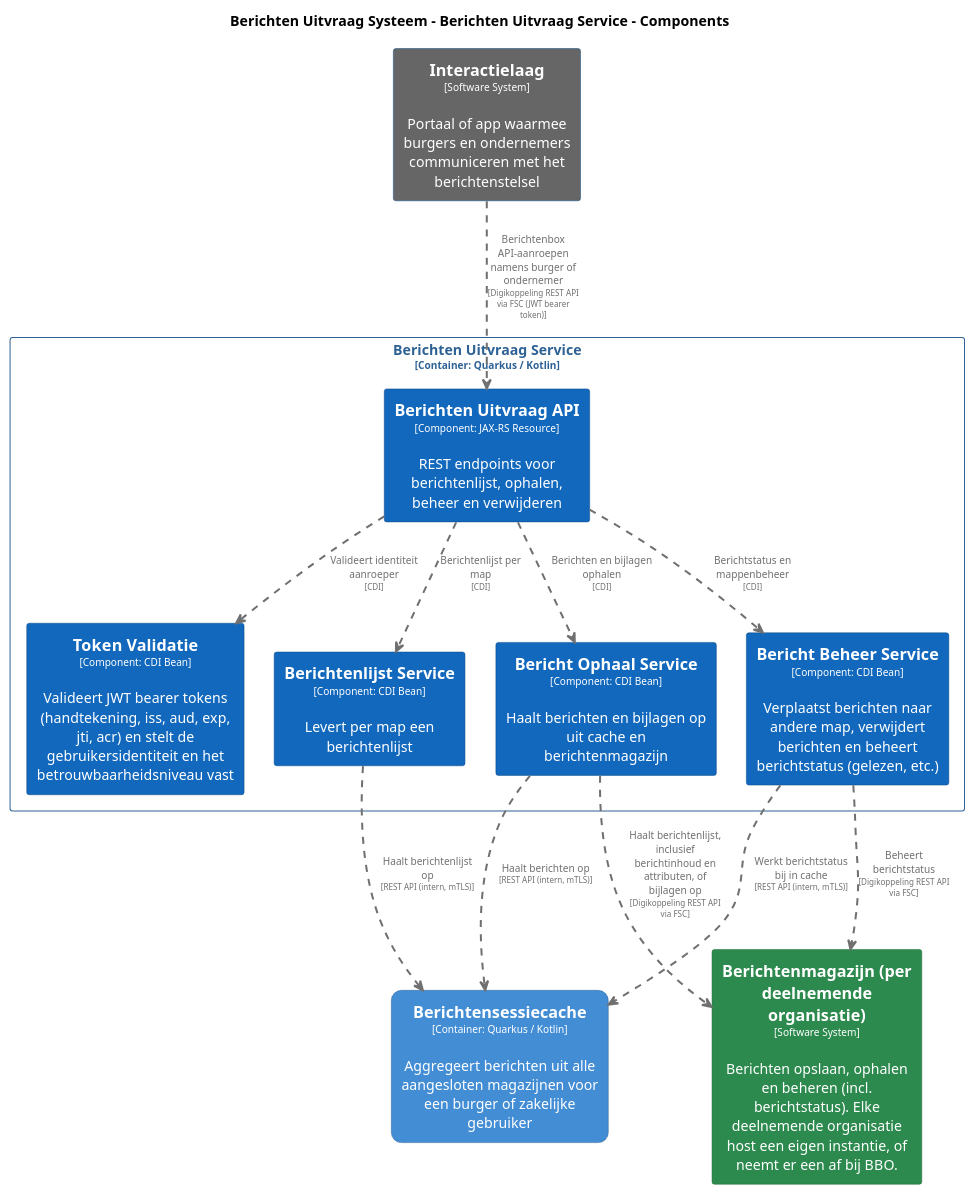
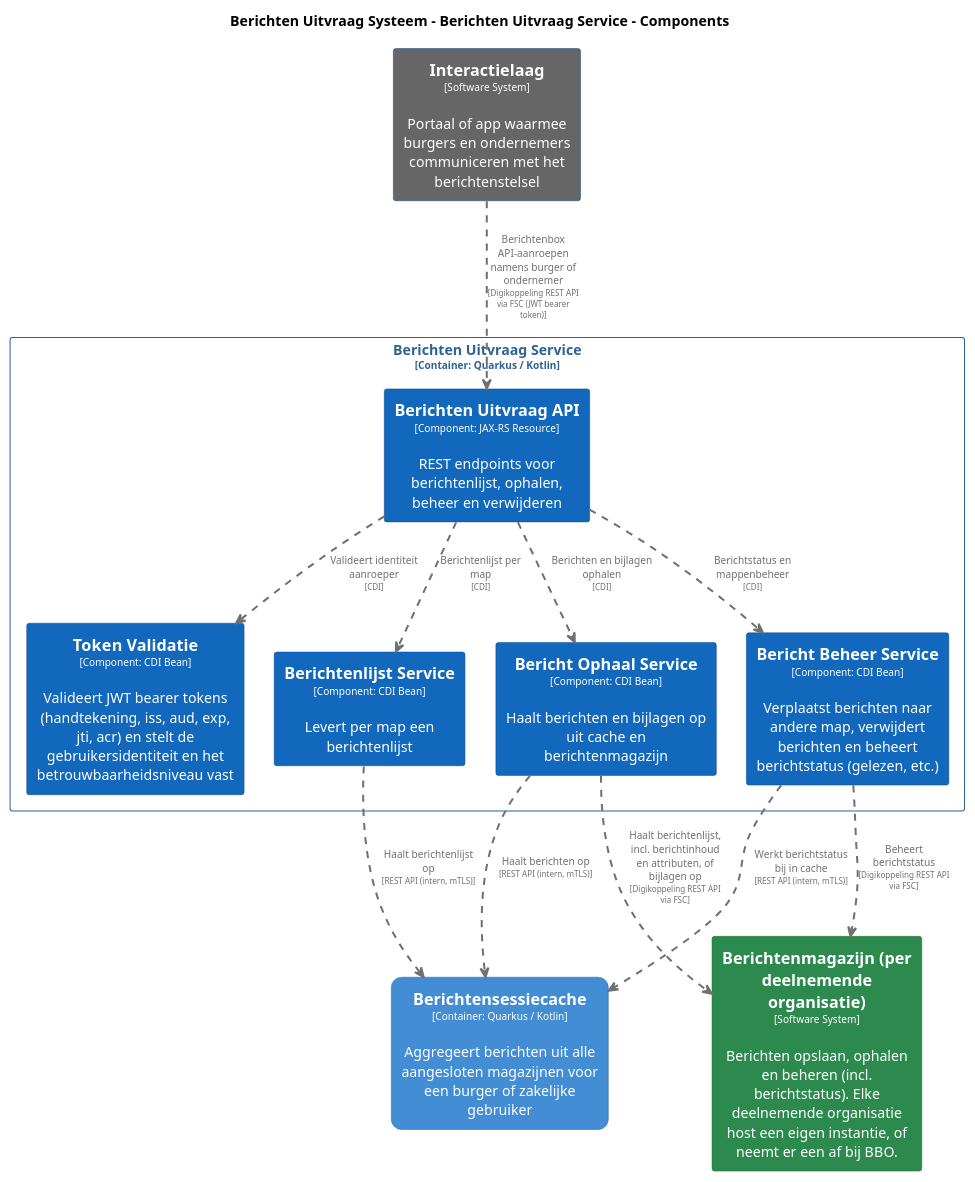
Before and after one commit to MinBZK/moza-poc-fbs-berichtenbox: the diagram in pr-preview/pr-29/master/puml/BerichtenUitvraagServiceComponenten.puml, drawn with PlantUML. The commit also changed 36 other files, not shown here.

```diff
--- a/pr-preview/pr-29/master/puml/BerichtenUitvraagServiceComponenten.puml
+++ b/pr-preview/pr-29/master/puml/BerichtenUitvraagServiceComponenten.puml
@@ -1,95 +1,95 @@
 @startuml
 set separator none
 title Berichten Uitvraag Systeem - Berichten Uitvraag Service - Components
 
 top to bottom direction
 skinparam ranksep 60
 skinparam nodesep 30
 
 skinparam {
   arrowFontSize 10
   defaultTextAlignment center
   wrapWidth 200
   maxMessageSize 100
 }
 
 hide stereotype
 
 skinparam rectangle<<BerichtenUitvraagSysteem.BerichtenUitvraagService.BerichtBeheerService>> {
   BackgroundColor #1168bd
   FontColor #ffffff
   BorderColor #0b4884
   shadowing false
 }
 skinparam rectangle<<BerichtenUitvraagSysteem.BerichtenUitvraagService.BerichtOphaalService>> {
   BackgroundColor #1168bd
   FontColor #ffffff
   BorderColor #0b4884
   shadowing false
 }
 skinparam rectangle<<BerichtenUitvraagSysteem.BerichtenUitvraagService.BerichtenUitvraagAPI>> {
   BackgroundColor #1168bd
   FontColor #ffffff
   BorderColor #0b4884
   shadowing false
 }
 skinparam rectangle<<BerichtenUitvraagSysteem.BerichtenUitvraagService.BerichtenlijstService>> {
   BackgroundColor #1168bd
   FontColor #ffffff
   BorderColor #0b4884
   shadowing false
 }
 skinparam rectangle<<Berichtenmagazijnperdeelnemendeorganisatie>> {
   BackgroundColor #2d8a4e
   FontColor #ffffff
   BorderColor #1e6b38
   shadowing false
 }
 skinparam rectangle<<BerichtenUitvraagSysteem.Berichtensessiecache>> {
   BackgroundColor #438dd5
   FontColor #ffffff
   BorderColor #2e6295
   roundCorner 20
   shadowing false
 }
 skinparam rectangle<<Interactielaag>> {
   BackgroundColor #666666
   FontColor #ffffff
   BorderColor #0b4884
   shadowing false
 }
 skinparam rectangle<<BerichtenUitvraagSysteem.BerichtenUitvraagService.TokenValidatie>> {
   BackgroundColor #1168bd
   FontColor #ffffff
   BorderColor #0b4884
   shadowing false
 }
 skinparam rectangle<<BerichtenUitvraagSysteem.BerichtenUitvraagService>> {
   BorderColor #2e6295
   FontColor #2e6295
   shadowing false
 }
 
 rectangle "==Interactielaag\n<size:10>[Software System]</size>\n\nPortaal of app waarmee burgers en ondernemers communiceren met het berichtenstelsel" <<Interactielaag>> as Interactielaag
 rectangle "==Berichtenmagazijn (per deelnemende organisatie)\n<size:10>[Software System]</size>\n\nBerichten opslaan, ophalen en beheren (incl. berichtstatus). Elke deelnemende organisatie host een eigen instantie, of neemt er een af bij BBO." <<Berichtenmagazijnperdeelnemendeorganisatie>> as Berichtenmagazijnperdeelnemendeorganisatie
 rectangle "==Berichtensessiecache\n<size:10>[Container: Quarkus / Kotlin]</size>\n\nAggregeert berichten uit alle aangesloten magazijnen voor een burger of zakelijke gebruiker" <<BerichtenUitvraagSysteem.Berichtensessiecache>> as BerichtenUitvraagSysteem.Berichtensessiecache
 
 rectangle "Berichten Uitvraag Service\n<size:10>[Container: Quarkus / Kotlin]</size>" <<BerichtenUitvraagSysteem.BerichtenUitvraagService>> {
   rectangle "==Berichten Uitvraag API\n<size:10>[Component: JAX-RS Resource]</size>\n\nREST endpoints voor berichtenlijst, ophalen, beheer en verwijderen" <<BerichtenUitvraagSysteem.BerichtenUitvraagService.BerichtenUitvraagAPI>> as BerichtenUitvraagSysteem.BerichtenUitvraagService.BerichtenUitvraagAPI
   rectangle "==Token Validatie\n<size:10>[Component: CDI Bean]</size>\n\nValideert JWT bearer tokens (handtekening, iss, aud, exp, jti, acr) en stelt de gebruikersidentiteit en het betrouwbaarheidsniveau vast" <<BerichtenUitvraagSysteem.BerichtenUitvraagService.TokenValidatie>> as BerichtenUitvraagSysteem.BerichtenUitvraagService.TokenValidatie
   rectangle "==Berichtenlijst Service\n<size:10>[Component: CDI Bean]</size>\n\nLevert per map een berichtenlijst" <<BerichtenUitvraagSysteem.BerichtenUitvraagService.BerichtenlijstService>> as BerichtenUitvraagSysteem.BerichtenUitvraagService.BerichtenlijstService
   rectangle "==Bericht Ophaal Service\n<size:10>[Component: CDI Bean]</size>\n\nHaalt berichten en bijlagen op uit cache en berichtenmagazijn" <<BerichtenUitvraagSysteem.BerichtenUitvraagService.BerichtOphaalService>> as BerichtenUitvraagSysteem.BerichtenUitvraagService.BerichtOphaalService
   rectangle "==Bericht Beheer Service\n<size:10>[Component: CDI Bean]</size>\n\nVerplaatst berichten naar andere map, verwijdert berichten en beheert berichtstatus (gelezen, etc.)" <<BerichtenUitvraagSysteem.BerichtenUitvraagService.BerichtBeheerService>> as BerichtenUitvraagSysteem.BerichtenUitvraagService.BerichtBeheerService
 }
 
 BerichtenUitvraagSysteem.BerichtenUitvraagService.BerichtenUitvraagAPI .[#707070,thickness=2].> BerichtenUitvraagSysteem.BerichtenUitvraagService.TokenValidatie : "<color:#707070>Valideert identiteit aanroeper\n<color:#707070><size:8>[CDI]</size>"
 BerichtenUitvraagSysteem.BerichtenUitvraagService.BerichtenUitvraagAPI .[#707070,thickness=2].> BerichtenUitvraagSysteem.BerichtenUitvraagService.BerichtenlijstService : "<color:#707070>Berichtenlijst per map\n<color:#707070><size:8>[CDI]</size>"
 BerichtenUitvraagSysteem.BerichtenUitvraagService.BerichtenUitvraagAPI .[#707070,thickness=2].> BerichtenUitvraagSysteem.BerichtenUitvraagService.BerichtOphaalService : "<color:#707070>Berichten en bijlagen ophalen\n<color:#707070><size:8>[CDI]</size>"
 BerichtenUitvraagSysteem.BerichtenUitvraagService.BerichtenUitvraagAPI .[#707070,thickness=2].> BerichtenUitvraagSysteem.BerichtenUitvraagService.BerichtBeheerService : "<color:#707070>Berichtstatus en mappenbeheer\n<color:#707070><size:8>[CDI]</size>"
 BerichtenUitvraagSysteem.BerichtenUitvraagService.BerichtOphaalService .[#707070,thickness=2].> BerichtenUitvraagSysteem.Berichtensessiecache : "<color:#707070>Haalt berichten op\n<color:#707070><size:8>[REST API (intern, mTLS)]</size>"
 BerichtenUitvraagSysteem.BerichtenUitvraagService.BerichtenlijstService .[#707070,thickness=2].> BerichtenUitvraagSysteem.Berichtensessiecache : "<color:#707070>Haalt berichtenlijst op\n<color:#707070><size:8>[REST API (intern, mTLS)]</size>"
 BerichtenUitvraagSysteem.BerichtenUitvraagService.BerichtBeheerService .[#707070,thickness=2].> BerichtenUitvraagSysteem.Berichtensessiecache : "<color:#707070>Werkt berichtstatus bij in cache\n<color:#707070><size:8>[REST API (intern, mTLS)]</size>"
 Interactielaag .[#707070,thickness=2].> BerichtenUitvraagSysteem.BerichtenUitvraagService.BerichtenUitvraagAPI : "<color:#707070>Berichtenbox API-aanroepen namens burger of ondernemer\n<color:#707070><size:8>[Digikoppeling REST API via FSC (JWT bearer token)]</size>"
-BerichtenUitvraagSysteem.BerichtenUitvraagService.BerichtOphaalService .[#707070,thickness=2].> Berichtenmagazijnperdeelnemendeorganisatie : "<color:#707070>Haalt berichtenlijst, inclusief berichtinhoud en attributen, of bijlagen op\n<color:#707070><size:8>[Digikoppeling REST API via FSC]</size>"
+BerichtenUitvraagSysteem.BerichtenUitvraagService.BerichtOphaalService .[#707070,thickness=2].> Berichtenmagazijnperdeelnemendeorganisatie : "<color:#707070>Haalt berichtenlijst, incl. berichtinhoud en attributen, of bijlagen op\n<color:#707070><size:8>[Digikoppeling REST API via FSC]</size>"
 BerichtenUitvraagSysteem.BerichtenUitvraagService.BerichtBeheerService .[#707070,thickness=2].> Berichtenmagazijnperdeelnemendeorganisatie : "<color:#707070>Beheert berichtstatus\n<color:#707070><size:8>[Digikoppeling REST API via FSC]</size>"
 @enduml
```
